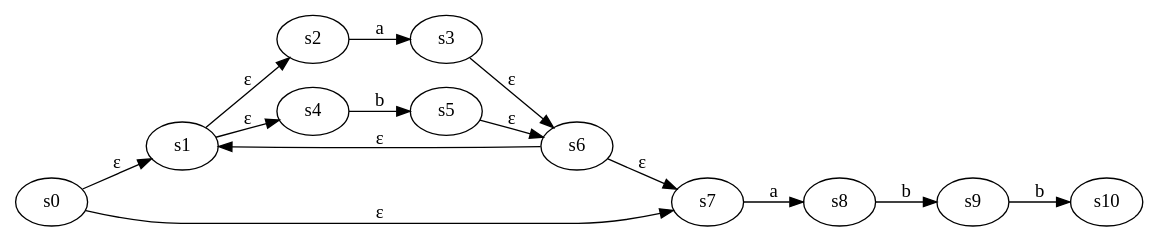
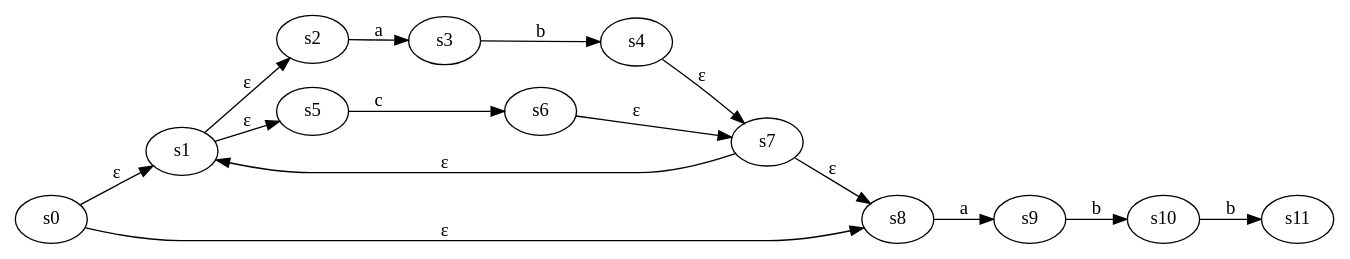
The diagram in graphs/complex.dot (mubaraqwahab/learn-compilers), drawn with Graphviz before and after one commit. The commit also changed 3 other files, not shown here.

```diff
--- a/graphs/complex.dot
+++ b/graphs/complex.dot
@@ -1,16 +1,17 @@
 digraph {
   rankdir=LR;
   s0 -> s1 [label="&epsilon;"];
   s1 -> s2 [label="&epsilon;"];
   s2 -> s3 [label="a"];
-  s1 -> s4 [label="&epsilon;"];
-  s4 -> s5 [label="b"];
-  s3 -> s6 [label="&epsilon;"];
-  s5 -> s6 [label="&epsilon;"];
-  s6 -> s1 [label="&epsilon;"];
+  s3 -> s4 [label="b"];
+  s1 -> s5 [label="&epsilon;"];
+  s5 -> s6 [label="c"];
+  s4 -> s7 [label="&epsilon;"];
   s6 -> s7 [label="&epsilon;"];
-  s0 -> s7 [label="&epsilon;"];
-  s7 -> s8 [label="a"];
-  s8 -> s9 [label="b"];
+  s7 -> s1 [label="&epsilon;"];
+  s7 -> s8 [label="&epsilon;"];
+  s0 -> s8 [label="&epsilon;"];
+  s8 -> s9 [label="a"];
   s9 -> s10 [label="b"];
+  s10 -> s11 [label="b"];
 }
```
